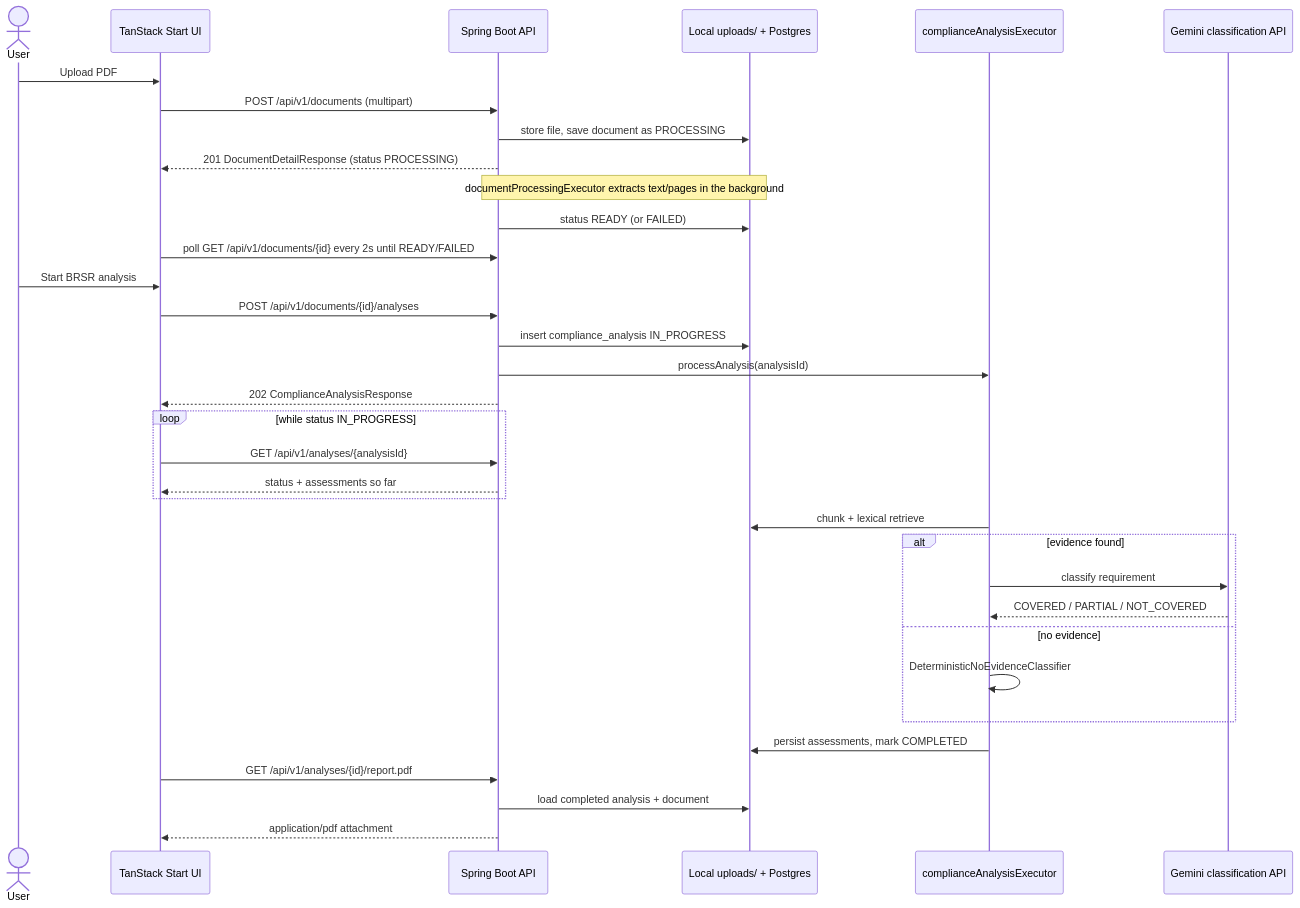
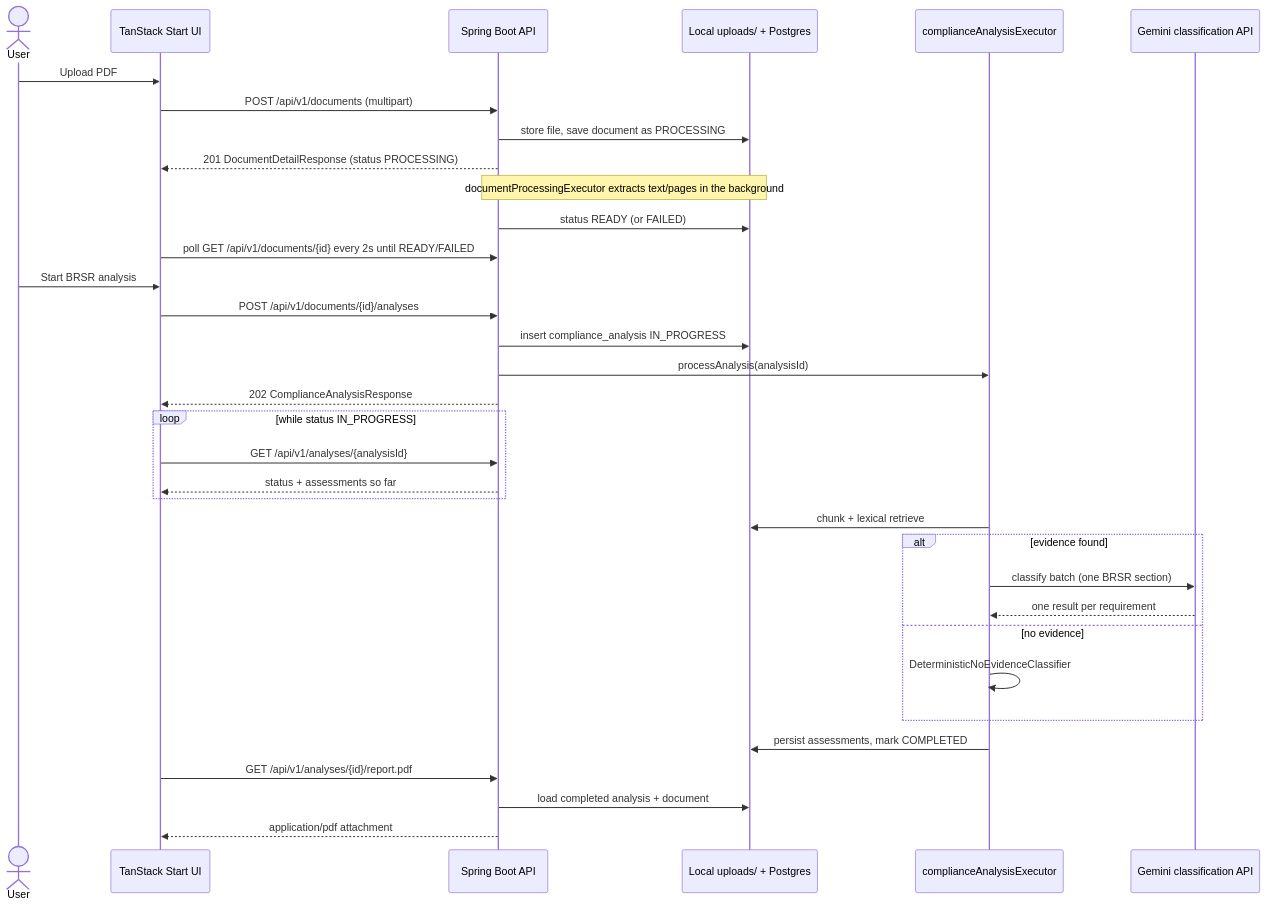
One commit to ItsAdi003/esg-genius-pro changed the second of 3 diagrams in docs/ARCHITECTURE.md. Above: the diagram before and after it, drawn with Mermaid. The commit also changed other lines of this file and 51 other files, not shown here.

Commit message:
Add the complete SEBI BRSR requirement set (140 items) and batch Gemini classification by section

````diff
--- a/docs/ARCHITECTURE.md
+++ b/docs/ARCHITECTURE.md
@@ -92,41 +93,41 @@
 ```mermaid
 sequenceDiagram
   actor User
   participant FE as TanStack Start UI
   participant API as Spring Boot API
   participant Store as Local uploads/ + Postgres
   participant Exec as complianceAnalysisExecutor
   participant Gemini as Gemini classification API
 
   User->>FE: Upload PDF
   FE->>API: POST /api/v1/documents (multipart)
   API->>Store: store file, save document as PROCESSING
   API-->>FE: 201 DocumentDetailResponse (status PROCESSING)
   Note over API,Store: documentProcessingExecutor extracts text/pages in the background
   API->>Store: status READY (or FAILED)
   FE->>API: poll GET /api/v1/documents/{id} every 2s until READY/FAILED
 
   User->>FE: Start BRSR analysis
   FE->>API: POST /api/v1/documents/{id}/analyses
   API->>Store: insert compliance_analysis IN_PROGRESS
   API->>Exec: processAnalysis(analysisId)
   API-->>FE: 202 ComplianceAnalysisResponse
 
   loop while status IN_PROGRESS
     FE->>API: GET /api/v1/analyses/{analysisId}
     API-->>FE: status + assessments so far
   end
 
   Exec->>Store: chunk + lexical retrieve
   alt evidence found
-    Exec->>Gemini: classify requirement
-    Gemini-->>Exec: COVERED / PARTIAL / NOT_COVERED
+    Exec->>Gemini: classify batch (one BRSR section)
+    Gemini-->>Exec: one result per requirement
   else no evidence
     Exec->>Exec: DeterministicNoEvidenceClassifier
   end
   Exec->>Store: persist assessments, mark COMPLETED
 
   FE->>API: GET /api/v1/analyses/{id}/report.pdf
   API->>Store: load completed analysis + document
   API-->>FE: application/pdf attachment
 ```
````
